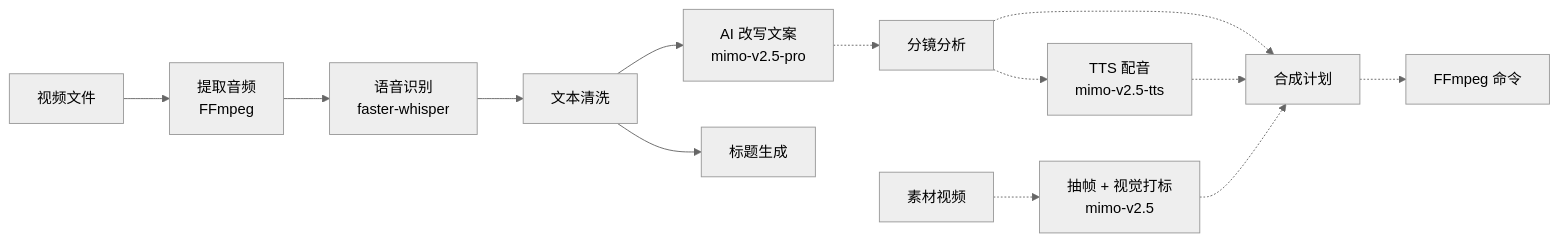
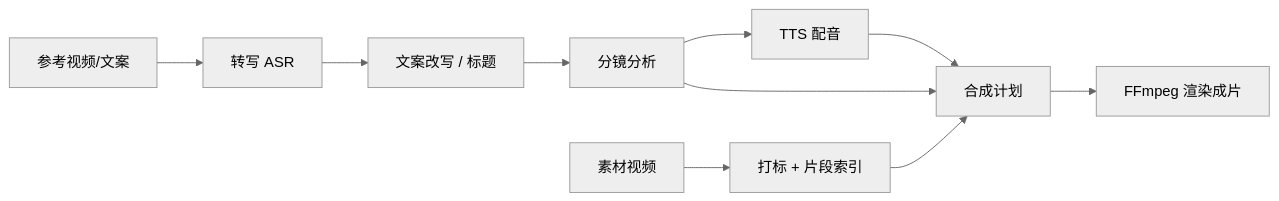
One commit to inkCau1o-hub/mimo-video-workflow changed the diagram in README.md. Above: the diagram before and after it, drawn with Mermaid (neutral theme). The commit also changed other lines of this file, not shown here.

````diff
--- a/README.md
+++ b/README.md
@@ -35,15 +51,12 @@
 ```mermaid
 flowchart LR
-    A[视频文件] --> B[提取音频<br/>FFmpeg]
-    B --> C[语音识别<br/>faster-whisper]
-    C --> D[文本清洗]
-    D --> E[AI 改写文案<br/>mimo-v2.5-pro]
-    D --> F[标题生成]
-    E -.-> G[分镜分析]
-    G -.-> H[TTS 配音<br/>mimo-v2.5-tts]
-    M[素材视频] -.-> N[抽帧 + 视觉打标<br/>mimo-v2.5]
-    G -.-> P[合成计划]
-    H -.-> P
-    N -.-> P
-    P -.-> Q[FFmpeg 命令]
+    A[参考视频/文案] --> B[转写 ASR]
+    B --> C[文案改写 / 标题]
+    C --> D[分镜分析]
+    M[素材视频] --> N[打标 + 片段索引]
+    D --> E[TTS 配音]
+    D --> P[合成计划]
+    N --> P
+    E --> P
+    P --> R[FFmpeg 渲染成片]
 ```
````
